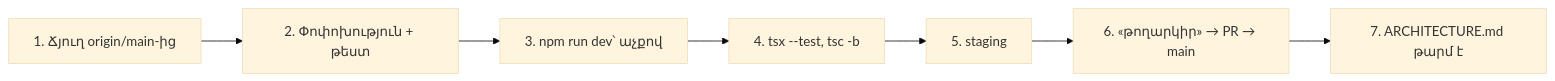
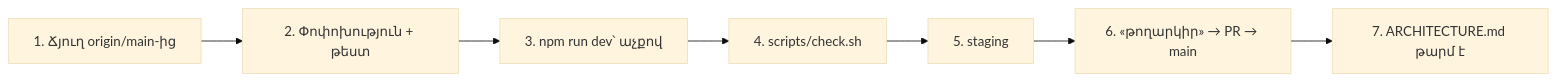
Diagram 22 of 22 in docs/ARCHITECTURE.md (T0n0yan/armenian-apostolic-digital-library), drawn with Mermaid (base theme) before and after one commit. The commit also changed other lines of this file and 8 other files, not shown here.

````diff
--- a/docs/ARCHITECTURE.md
+++ b/docs/ARCHITECTURE.md
@@ -694,4 +694,4 @@
 ```mermaid
 flowchart LR
-  A["1. Ճյուղ origin/main-ից"] --> B["2. Փոփոխություն + թեստ"] --> C["3. npm run dev՝ աչքով"] --> D["4. tsx --test, tsc -b"] --> E["5. staging"] --> F["6. «թողարկիր» → PR → main"] --> G["7. ARCHITECTURE.md թարմ է"]
+  A["1. Ճյուղ origin/main-ից"] --> B["2. Փոփոխություն + թեստ"] --> C["3. npm run dev՝ աչքով"] --> D["4. scripts/check.sh"] --> E["5. staging"] --> F["6. «թողարկիր» → PR → main"] --> G["7. ARCHITECTURE.md թարմ է"]
 ```
````
